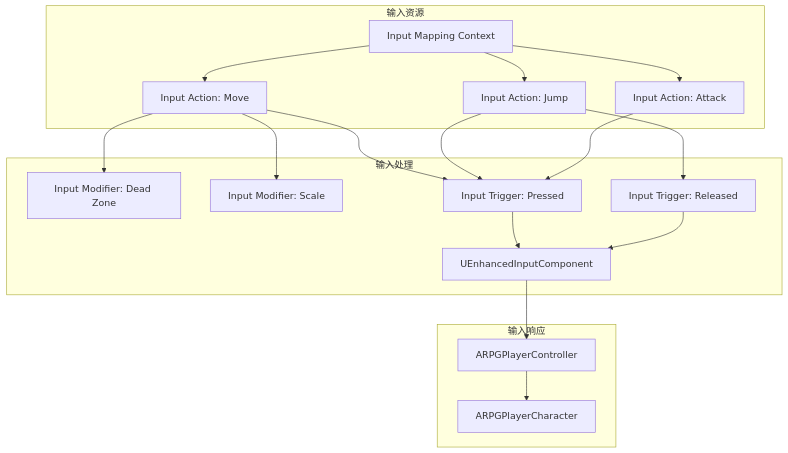
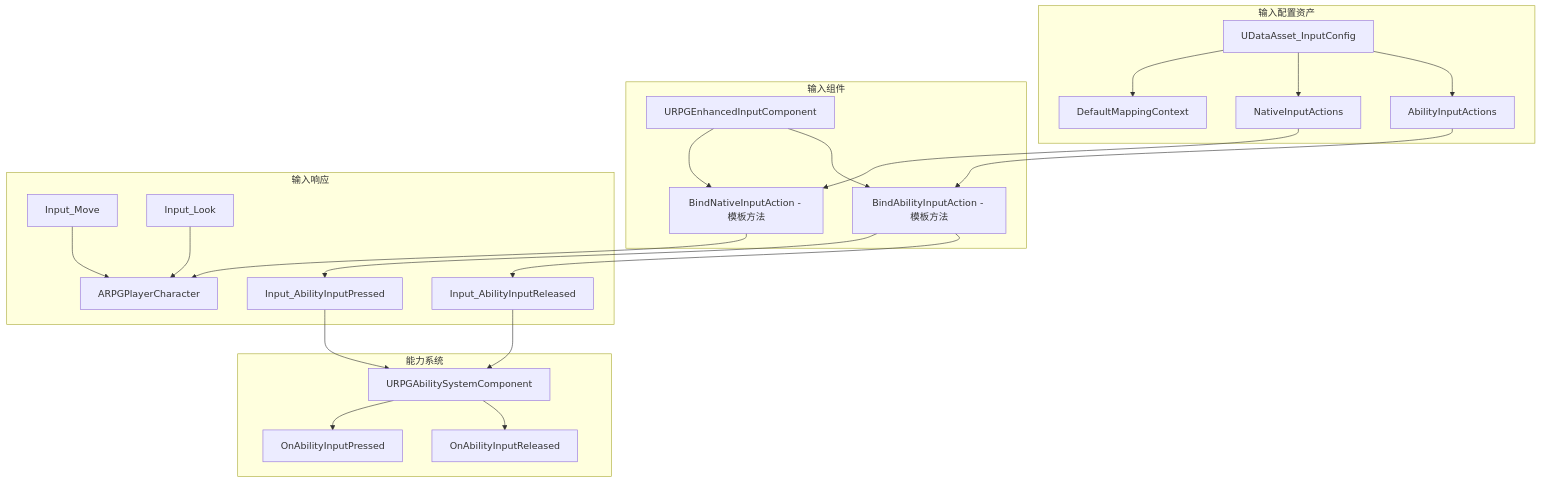
Before and after one commit to ARK31415/RPG: the third of 12 diagrams in Source/Docs/SummaryDesign.md, drawn with Mermaid. The commit also changed other lines of this file and 11 other files, not shown here.

````diff
--- a/Source/Docs/SummaryDesign.md
+++ b/Source/Docs/SummaryDesign.md
@@ -151,36 +183,46 @@
 ```mermaid
 graph TB
-    subgraph 输入资源
-        IMC[Input Mapping Context]
-        IA_Move[Input Action: Move]
-        IA_Jump[Input Action: Jump]
-        IA_Attack[Input Action: Attack]
+    subgraph 输入配置资产
+        IC[UDataAsset_InputConfig]
+        IMC[DefaultMappingContext]
+        NIA[NativeInputActions]
+        AIA[AbilityInputActions]
     end
     
-    subgraph 输入处理
-        IC[UEnhancedInputComponent]
-        IM1[Input Modifier: Dead Zone]
-        IM2[Input Modifier: Scale]
-        IT1[Input Trigger: Pressed]
-        IT2[Input Trigger: Released]
+    subgraph 输入组件
+        EIC[URPGEnhancedInputComponent]
+        BNA[BindNativeInputAction - 模板方法]
+        BAI[BindAbilityInputAction - 模板方法]
     end
     
     subgraph 输入响应
-        PC[ARPGPlayerController]
         Char[ARPGPlayerCharacter]
+        Move[Input_Move]
+        Look[Input_Look]
+        AbilityPress[Input_AbilityInputPressed]
+        AbilityRelease[Input_AbilityInputReleased]
     end
     
-    IMC --> IA_Move
-    IMC --> IA_Jump
-    IMC --> IA_Attack
-    IA_Move --> IM1
-    IA_Move --> IM2
-    IA_Move --> IT1
-    IA_Jump --> IT1
-    IA_Jump --> IT2
-    IA_Attack --> IT1
-    IT1 --> IC
-    IT2 --> IC
-    IC --> PC
-    PC --> Char
+    subgraph 能力系统
+        ASC[URPGAbilitySystemComponent]
+        OnPress[OnAbilityInputPressed]
+        OnRelease[OnAbilityInputReleased]
+    end
+    
+    IC --> IMC
+    IC --> NIA
+    IC --> AIA
+    NIA --> BNA
+    AIA --> BAI
+    EIC --> BNA
+    EIC --> BAI
+    BNA --> Char
+    Move --> Char
+    Look --> Char
+    BAI --> AbilityPress
+    BAI --> AbilityRelease
+    AbilityPress --> ASC
+    AbilityRelease --> ASC
+    ASC --> OnPress
+    ASC --> OnRelease
 ```
````
